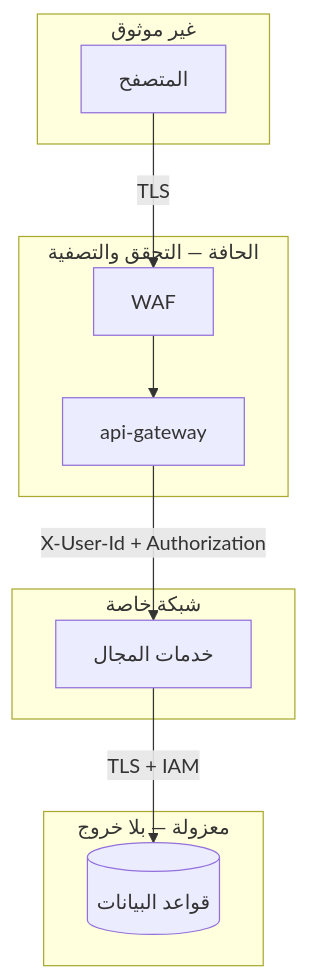
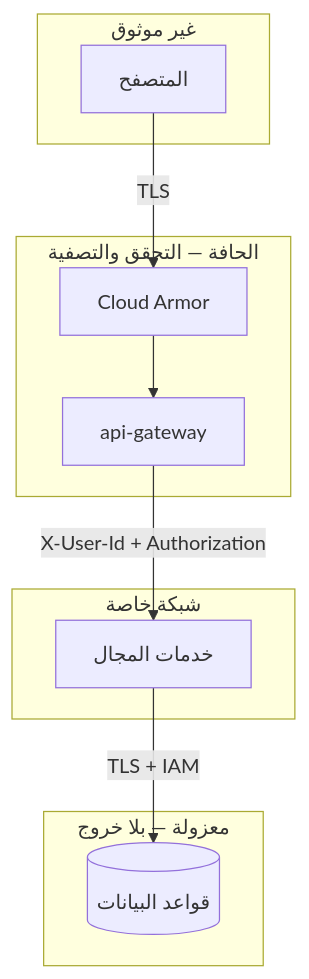
The first of 2 diagrams in docs/07-security.md (ahmedselimmansor-ctrl/ecomerce-microservices), drawn with Mermaid before and after one commit. The commit also changed other lines of this file and 85 other files, not shown here.

````diff
--- a/docs/07-security.md
+++ b/docs/07-security.md
@@ -62,19 +62,19 @@
 ```mermaid
 flowchart TB
     subgraph U["غير موثوق"]
         B["المتصفح"]
     end
     subgraph E["الحافة — التحقق والتصفية"]
-        W["WAF"] --> G["api-gateway"]
+        W["Cloud Armor"] --> G["api-gateway"]
     end
     subgraph P["شبكة خاصة"]
         S["خدمات المجال"]
     end
     subgraph D["معزولة — بلا خروج"]
         DB[("قواعد البيانات")]
     end
 
     B -->|TLS| W
     G -->|"X-User-Id + Authorization"| S
     S -->|"TLS + IAM"| DB
 ```
````
